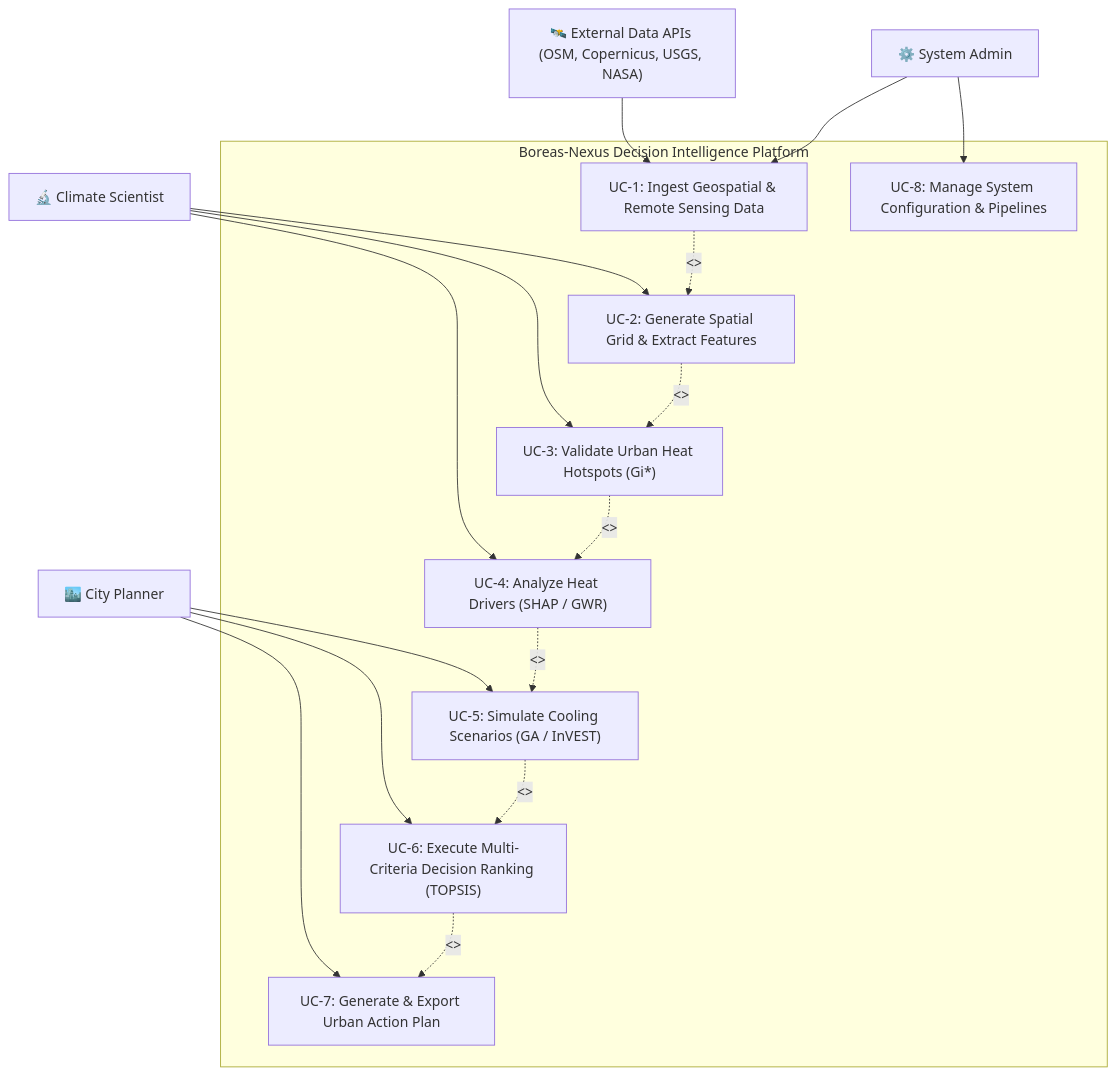
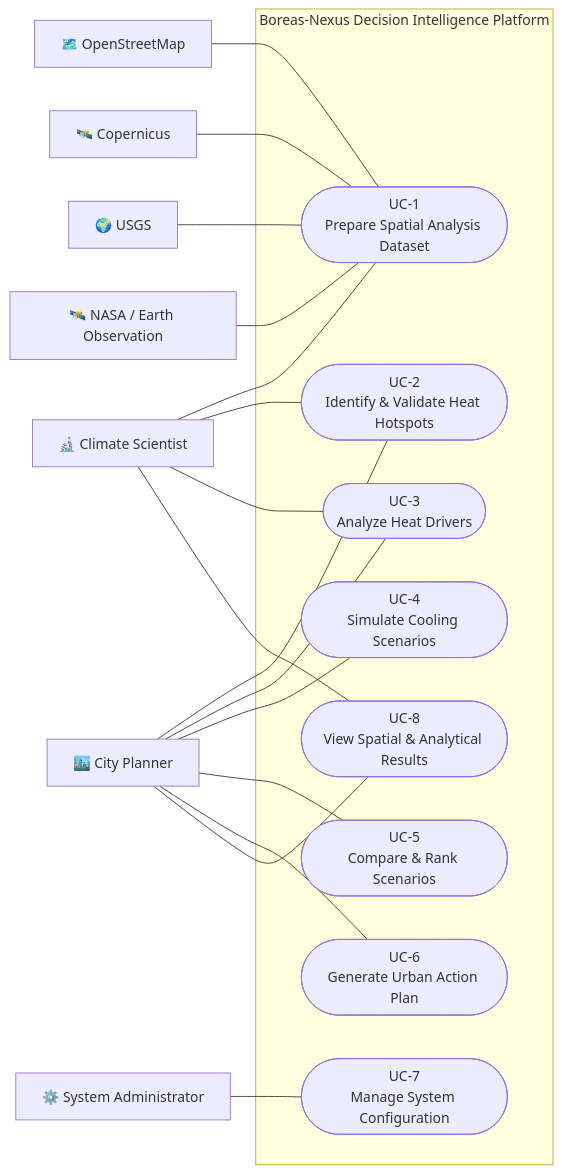
One commit to Joel-Masilamani/Boreas_Nexus changed the third of 8 diagrams in README.md. Above: the diagram before and after it, drawn with Mermaid. The commit also changed other lines of this file, not shown here.

First line of the commit message:
Revise diagrams in README for clarity and detail

````diff
--- a/README.md
+++ b/README.md
@@ -382,35 +501,52 @@
 ```mermaid
-graph TD
-    actorPlanner["🏙️ City Planner"]
-    actorScientist["🔬 Climate Scientist"]
-    actorAdmin["⚙️ System Admin"]
-    actorDataAPIs["🛰️ External Data APIs (OSM, Copernicus, USGS, NASA)"]
+flowchart LR
 
-    subgraph BoreasNexusSystem["Boreas-Nexus Decision Intelligence Platform"]
-        UC1["UC-1: Ingest Geospatial & Remote Sensing Data"]
-        UC2["UC-2: Generate Spatial Grid & Extract Features"]
-        UC3["UC-3: Validate Urban Heat Hotspots (Gi*)"]
-        UC4["UC-4: Analyze Heat Drivers (SHAP / GWR)"]
-        UC5["UC-5: Simulate Cooling Scenarios (GA / InVEST)"]
-        UC6["UC-6: Execute Multi-Criteria Decision Ranking (TOPSIS)"]
-        UC7["UC-7: Generate & Export Urban Action Plan"]
-        UC8["UC-8: Manage System Configuration & Pipelines"]
+    %% ==========================================
+    %% BOREAS-NEXUS — USE CASE DIAGRAM
+    %% ==========================================
+
+    Planner["🏙️ City Planner"]
+    Scientist["🔬 Climate Scientist"]
+    Admin["⚙️ System Administrator"]
+
+    OSM["🗺️ OpenStreetMap"]
+    Copernicus["🛰️ Copernicus"]
+    USGS["🌍 USGS"]
+    NASA["🛰️ NASA / Earth Observation"]
+
+    subgraph System["Boreas-Nexus Decision Intelligence Platform"]
+
+        UC1(["UC-1<br/>Prepare Spatial Analysis Dataset"])
+        UC2(["UC-2<br/>Identify & Validate Heat Hotspots"])
+        UC3(["UC-3<br/>Analyze Heat Drivers"])
+        UC4(["UC-4<br/>Simulate Cooling Scenarios"])
+        UC5(["UC-5<br/>Compare & Rank Scenarios"])
+        UC6(["UC-6<br/>Generate Urban Action Plan"])
+        UC7(["UC-7<br/>Manage System Configuration"])
+        UC8(["UC-8<br/>View Spatial & Analytical Results"])
+
     end
 
-    actorDataAPIs --> UC1
-    actorAdmin --> UC1
-    actorAdmin --> UC8
-    actorScientist --> UC2
-    actorScientist --> UC3
-    actorScientist --> UC4
-    actorPlanner --> UC5
-    actorPlanner --> UC6
-    actorPlanner --> UC7
+    %% Actor → Use Case associations
 
-    UC1 -.->|"<<includes>>"| UC2
-    UC2 -.->|"<<includes>>"| UC3
-    UC3 -.->|"<<includes>>"| UC4
-    UC4 -.->|"<<extends>>"| UC5
-    UC5 -.->|"<<includes>>"| UC6
-    UC6 -.->|"<<includes>>"| UC7
+    Scientist --- UC1
+    Scientist --- UC2
+    Scientist --- UC3
+    Scientist --- UC8
+
+    Planner --- UC2
+    Planner --- UC3
+    Planner --- UC4
+    Planner --- UC5
+    Planner --- UC6
+    Planner --- UC8
+
+    Admin --- UC7
+
+    %% External systems → Data ingestion
+
+    OSM --- UC1
+    Copernicus --- UC1
+    USGS --- UC1
+    NASA --- UC1
 ```
````
